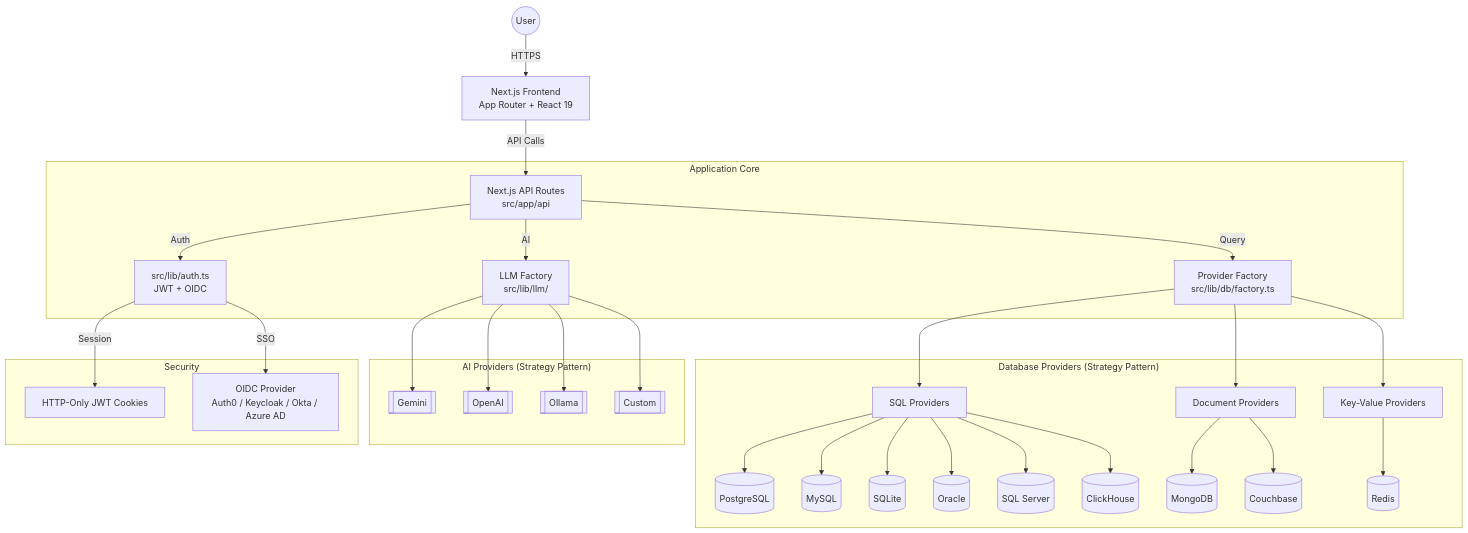
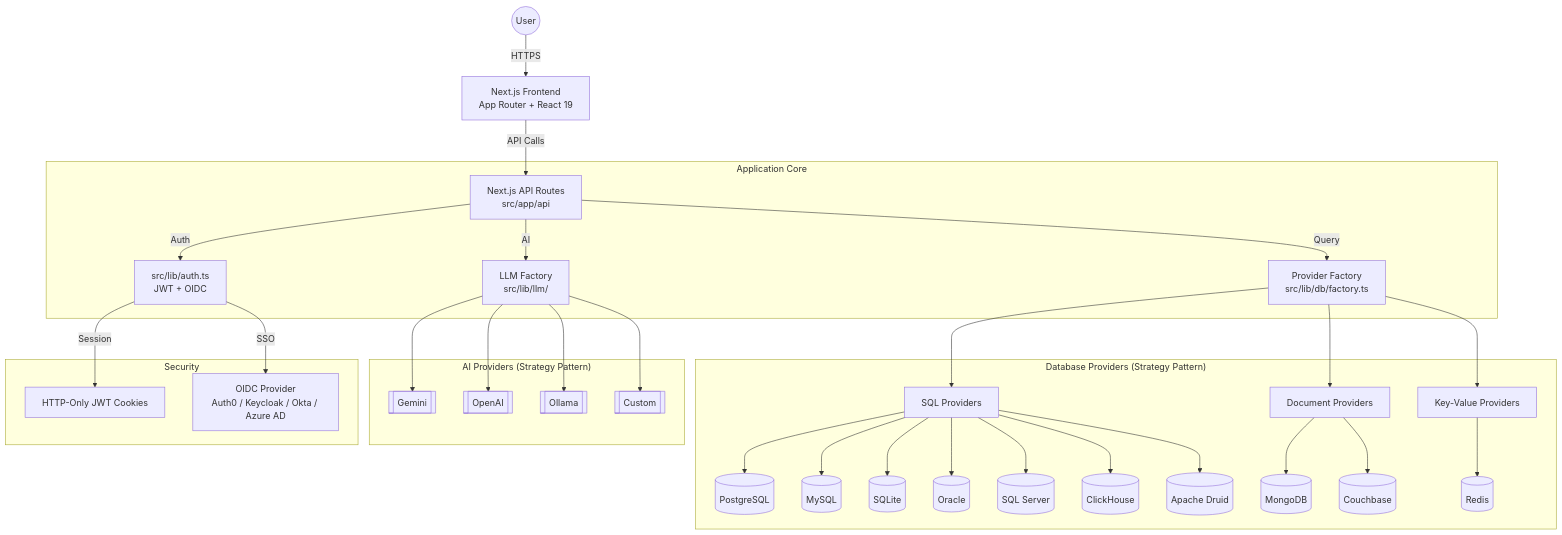
Before and after one commit to CrazyForks/libredb-studio: the first of 3 diagrams in docs/ARCHITECTURE.md, drawn with Mermaid. The commit also changed other lines of this file and 46 other files, not shown here.

First line of the commit message:
feat(db): add Apache Druid provider (Druid SQL over HTTP, no native dependency) (#271)

````diff
--- a/docs/ARCHITECTURE.md
+++ b/docs/ARCHITECTURE.md
@@ -29,39 +29,40 @@
 ```mermaid
 graph TD
     User((User)) -->|HTTPS| Frontend[Next.js Frontend<br/>App Router + React 19]
     Frontend -->|API Calls| API[Next.js API Routes<br/>src/app/api]
 
     subgraph "Application Core"
         API -->|Auth| AuthLib[src/lib/auth.ts<br/>JWT + OIDC]
         API -->|Query| DBFactory[Provider Factory<br/>src/lib/db/factory.ts]
         API -->|AI| LLMFactory[LLM Factory<br/>src/lib/llm/]
     end
 
     subgraph "Database Providers (Strategy Pattern)"
         DBFactory --> SQL[SQL Providers]
         DBFactory --> Document[Document Providers]
         DBFactory --> KeyValue[Key-Value Providers]
 
         SQL --> PG[(PostgreSQL)]
         SQL --> MySQL[(MySQL)]
         SQL --> SQLite[(SQLite)]
         SQL --> Oracle[(Oracle)]
         SQL --> MSSQL[(SQL Server)]
         SQL --> ClickHouse[(ClickHouse)]
+        SQL --> Druid[(Apache Druid)]
         Document --> MongoDB[(MongoDB)]
         Document --> Couchbase[(Couchbase)]
         KeyValue --> Redis[(Redis)]
     end
 
     subgraph "AI Providers (Strategy Pattern)"
         LLMFactory --> Gemini[[Gemini]]
         LLMFactory --> OpenAI[[OpenAI]]
         LLMFactory --> Ollama[[Ollama]]
         LLMFactory --> CustomLLM[[Custom]]
     end
 
     subgraph "Security"
         AuthLib -->|Session| JWT[HTTP-Only JWT Cookies]
         AuthLib -->|SSO| OIDC[OIDC Provider<br/>Auth0 / Keycloak / Okta / Azure AD]
     end
 ```
````
